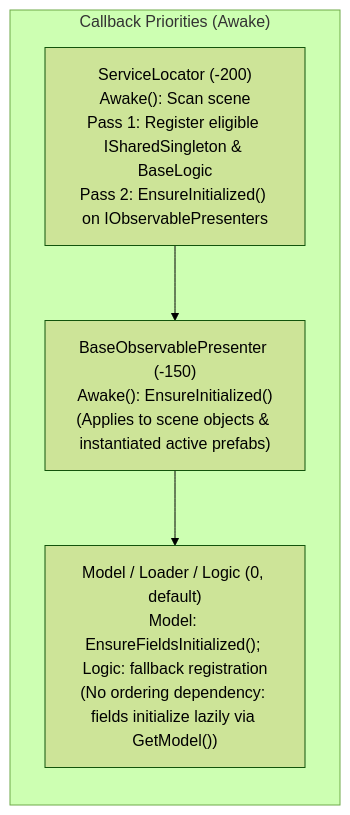
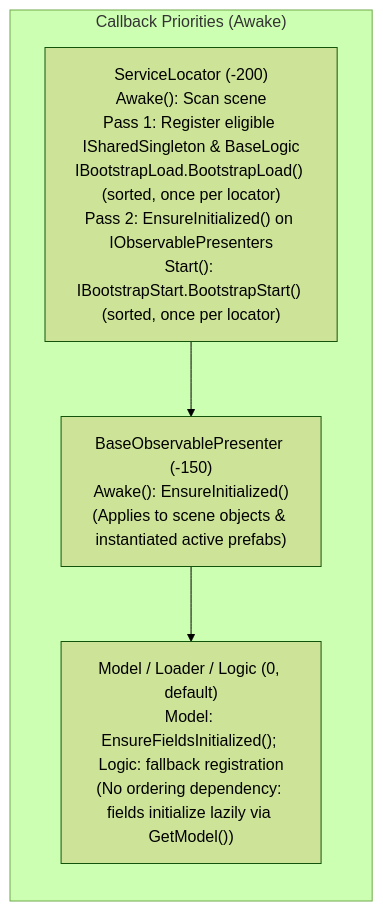
Before and after one commit to alexxtaurus83/unity-savableobservable: the first of 5 diagrams in Packages/com.evialdev.savableobservable/Documentation~/UnityLifecycle.md, drawn with Mermaid (forest theme). The commit also changed other lines of this file and 58 other files, not shown here.

````diff
--- a/Packages/com.evialdev.savableobservable/Documentation~/UnityLifecycle.md
+++ b/Packages/com.evialdev.savableobservable/Documentation~/UnityLifecycle.md
@@ -30,11 +30,11 @@
 ```mermaid
 flowchart TD
     subgraph ExecutionOrder ["Callback Priorities (Awake)"]
         direction TB
-        SL["ServiceLocator (-200)<br/>Awake(): Scan scene<br/>Pass 1: Register eligible ISharedSingleton & BaseLogic<br/>Pass 2: EnsureInitialized() on IObservablePresenters"]
+        SL["ServiceLocator (-200)<br/>Awake(): Scan scene<br/>Pass 1: Register eligible ISharedSingleton & BaseLogic<br/>IBootstrapLoad.BootstrapLoad() (sorted, once per locator)<br/>Pass 2: EnsureInitialized() on IObservablePresenters<br/>Start(): IBootstrapStart.BootstrapStart() (sorted, once per locator)"]
         P["BaseObservablePresenter (-150)<br/>Awake(): EnsureInitialized()<br/>(Applies to scene objects & instantiated active prefabs)"]
         D["Model / Loader / Logic (0, default)<br/>Model: EnsureFieldsInitialized(); Logic: fallback registration<br/>(No ordering dependency: fields initialize lazily via GetModel())"]
 
         SL --> P --> D
     end
 ```
````
